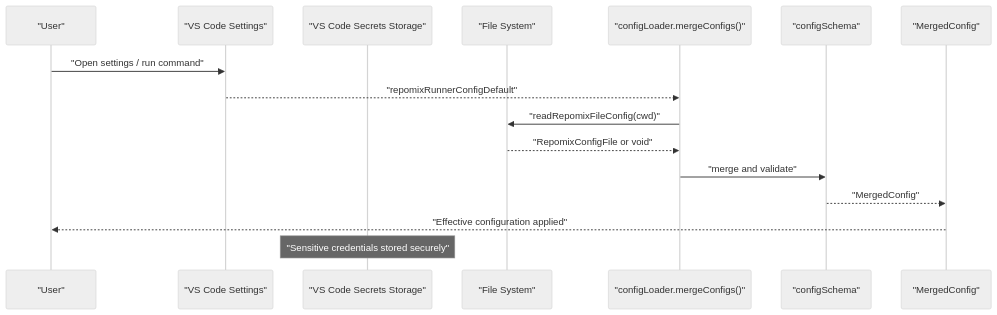
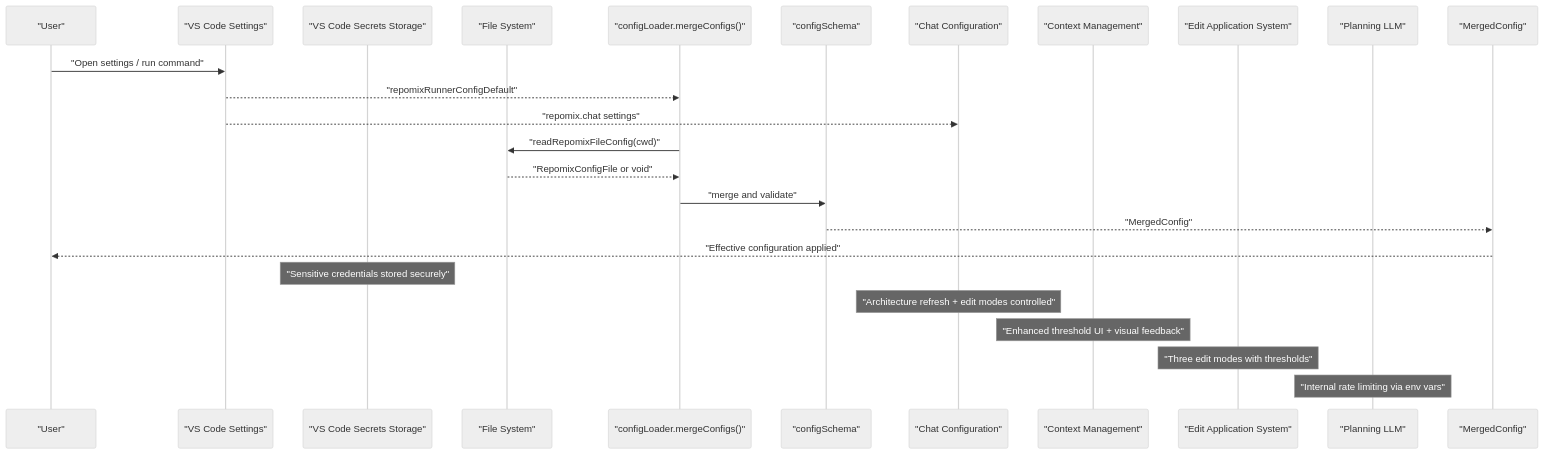
Before and after one commit to bramburn/repomix-runner: the second of 11 diagrams in .qoder/repowiki/en/content/Configuration Management/Configuration Management.md, drawn with Mermaid (neutral theme). The commit also changed other lines of this file and 27 other files, not shown here.

````diff
--- a/.qoder/repowiki/en/content/Configuration Management/Configuration Management.md
+++ b/.qoder/repowiki/en/content/Configuration Management/Configuration Management.md
@@ -139,18 +184,27 @@
 ```mermaid
 sequenceDiagram
 participant User as "User"
 participant VSCode as "VS Code Settings"
 participant Secrets as "VS Code Secrets Storage"
 participant FS as "File System"
 participant Loader as "configLoader.mergeConfigs()"
 participant Schema as "configSchema"
+participant ChatCfg as "Chat Configuration"
+participant ContextMgr as "Context Management"
+participant EditApplier as "Edit Application System"
+participant Planning as "Planning LLM"
 participant Output as "MergedConfig"
 User->>VSCode : "Open settings / run command"
 VSCode-->>Loader : "repomixRunnerConfigDefault"
+VSCode-->>ChatCfg : "repomix.chat settings"
 Loader->>FS : "readRepomixFileConfig(cwd)"
 FS-->>Loader : "RepomixConfigFile or void"
 Loader->>Schema : "merge and validate"
 Schema-->>Output : "MergedConfig"
 Output-->>User : "Effective configuration applied"
 Note over Secrets : "Sensitive credentials stored securely"
+Note over ChatCfg : "Architecture refresh + edit modes controlled"
+Note over ContextMgr : "Enhanced threshold UI + visual feedback"
+Note over EditApplier : "Three edit modes with thresholds"
+Note over Planning : "Internal rate limiting via env vars"
 ```
````
